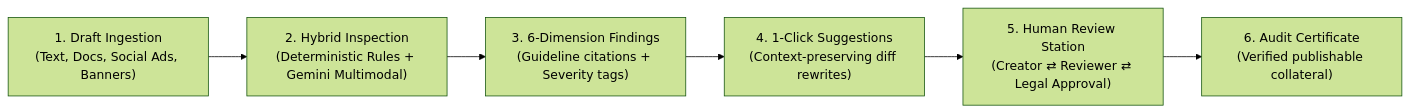
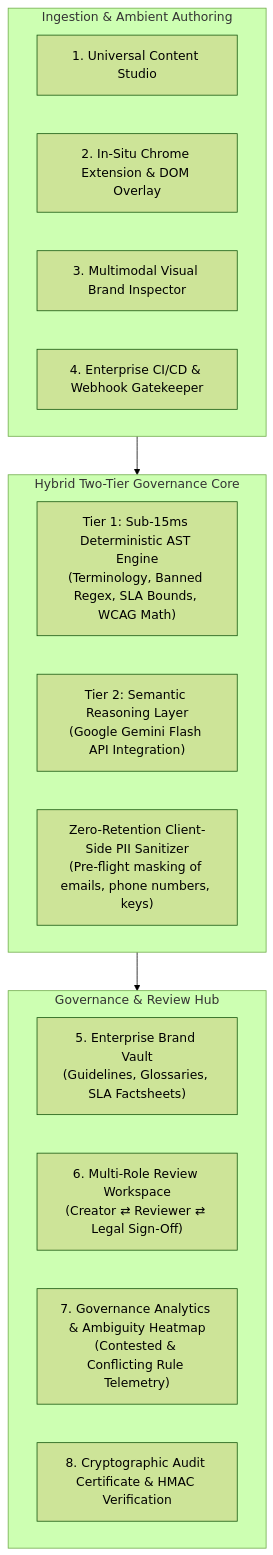
The diagram in README.md (anasakhtar-tech/inkloom-brandguard), drawn with Mermaid (forest theme) before and after one commit. The commit also changed other lines of this file and 18 other files, not shown here.

Commit message:
feat(round3): deliver in-situ extension, multimodal visual brand inspector, and enterprise ci/cd release gate

````diff
--- a/README.md
+++ b/README.md
@@ -46,8 +77,25 @@
 ```mermaid
-flowchart LR
-    A["1. Draft Ingestion\n(Text, Docs, Social Ads, Banners)"] --> B["2. Hybrid Inspection\n(Deterministic Rules + Gemini Multimodal)"]
-    B --> C["3. 6-Dimension Findings\n(Guideline citations + Severity tags)"]
-    C --> D["4. 1-Click Suggestions\n(Context-preserving diff rewrites)"]
-    D --> E["5. Human Review Station\n(Creator ⇄ Reviewer ⇄ Legal Approval)"]
-    E --> F["6. Audit Certificate\n(Verified publishable collateral)"]
+flowchart TD
+    subgraph Ingestion["Ingestion & Ambient Authoring"]
+        A["1. Universal Content Studio"]
+        B["2. In-Situ Chrome Extension & DOM Overlay"]
+        C["3. Multimodal Visual Brand Inspector"]
+        D["4. Enterprise CI/CD & Webhook Gatekeeper"]
+    end
+
+    subgraph Inspection["Hybrid Two-Tier Governance Core"]
+        E["Tier 1: Sub-15ms Deterministic AST Engine\n(Terminology, Banned Regex, SLA Bounds, WCAG Math)"]
+        F["Tier 2: Semantic Reasoning Layer\n(Google Gemini Flash API Integration)"]
+        G["Zero-Retention Client-Side PII Sanitizer\n(Pre-flight masking of emails, phone numbers, keys)"]
+    end
+
+    subgraph Governance["Governance & Review Hub"]
+        H["5. Enterprise Brand Vault\n(Guidelines, Glossaries, SLA Factsheets)"]
+        I["6. Multi-Role Review Workspace\n(Creator ⇄ Reviewer ⇄ Legal Sign-Off)"]
+        J["7. Governance Analytics & Ambiguity Heatmap\n(Contested & Conflicting Rule Telemetry)"]
+        K["8. Cryptographic Audit Certificate & HMAC Verification"]
+    end
+
+    Ingestion --> Inspection
+    Inspection --> Governance
 ```
````
